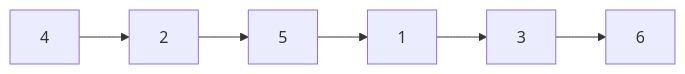
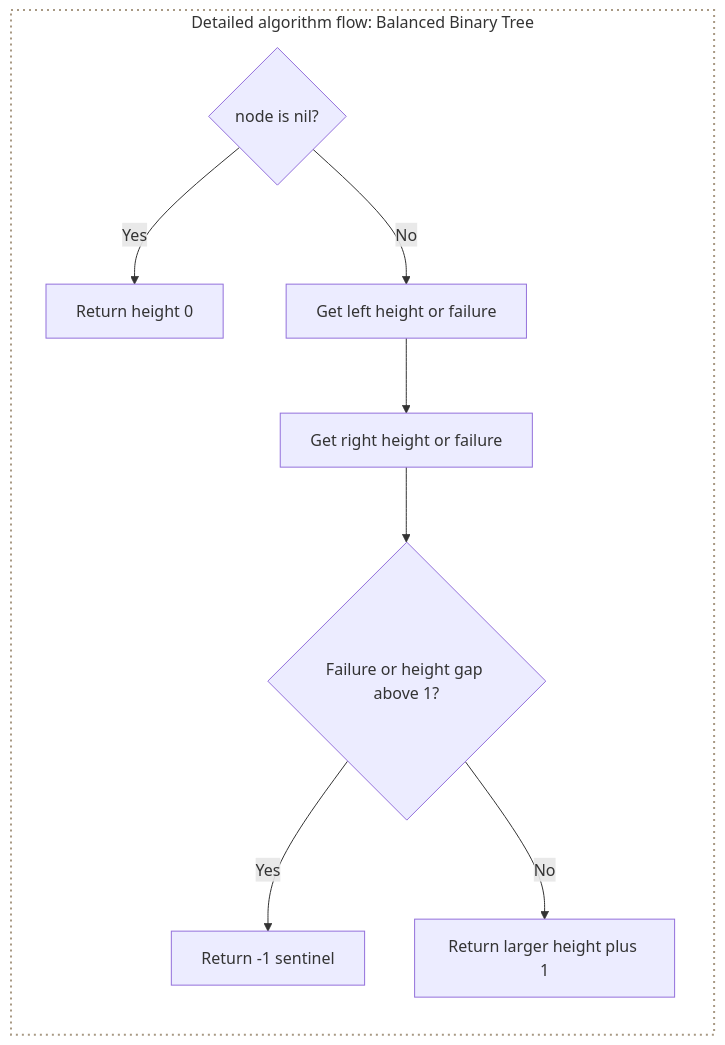
Before and after one commit to 9999dude/omega: diagram 14 of 19 in docs/datastructures/trees.md, drawn with Mermaid. The commit also changed other lines of this file and 58 other files, not shown here.

````diff
--- a/docs/datastructures/trees.md
+++ b/docs/datastructures/trees.md
@@ -542,8 +730,14 @@
 ```mermaid
-flowchart LR
-    A["4"] --> B["2"]
-    B --> C["5"]
-    C --> D["1"]
-    D --> E["3"]
-    E --> F["6"]
+flowchart TD
+    subgraph PROCESS["Detailed algorithm flow: Balanced Binary Tree"]
+        direction TD
+        A{"node is nil?"} -->|"Yes"| Z["Return height 0"]
+        A -->|"No"| L["Get left height or failure"]
+        L --> R["Get right height or failure"]
+        R --> C{"Failure or height gap above 1?"}
+        C -->|"Yes"| F["Return -1 sentinel"]
+        C -->|"No"| H["Return larger height plus 1"]
+    end
+
+    style PROCESS fill:transparent,stroke:#a89984,stroke-width:2px,stroke-dasharray:2 4
 ```
````
